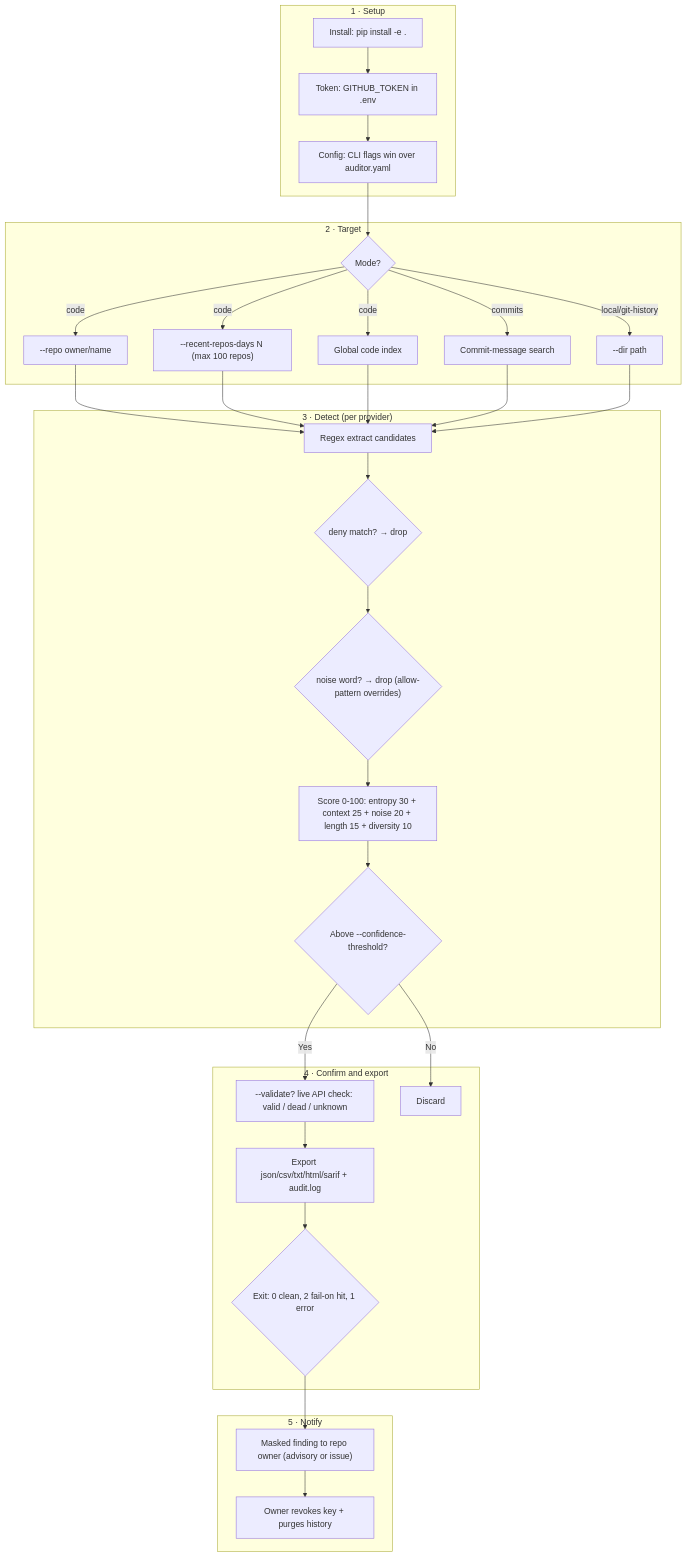
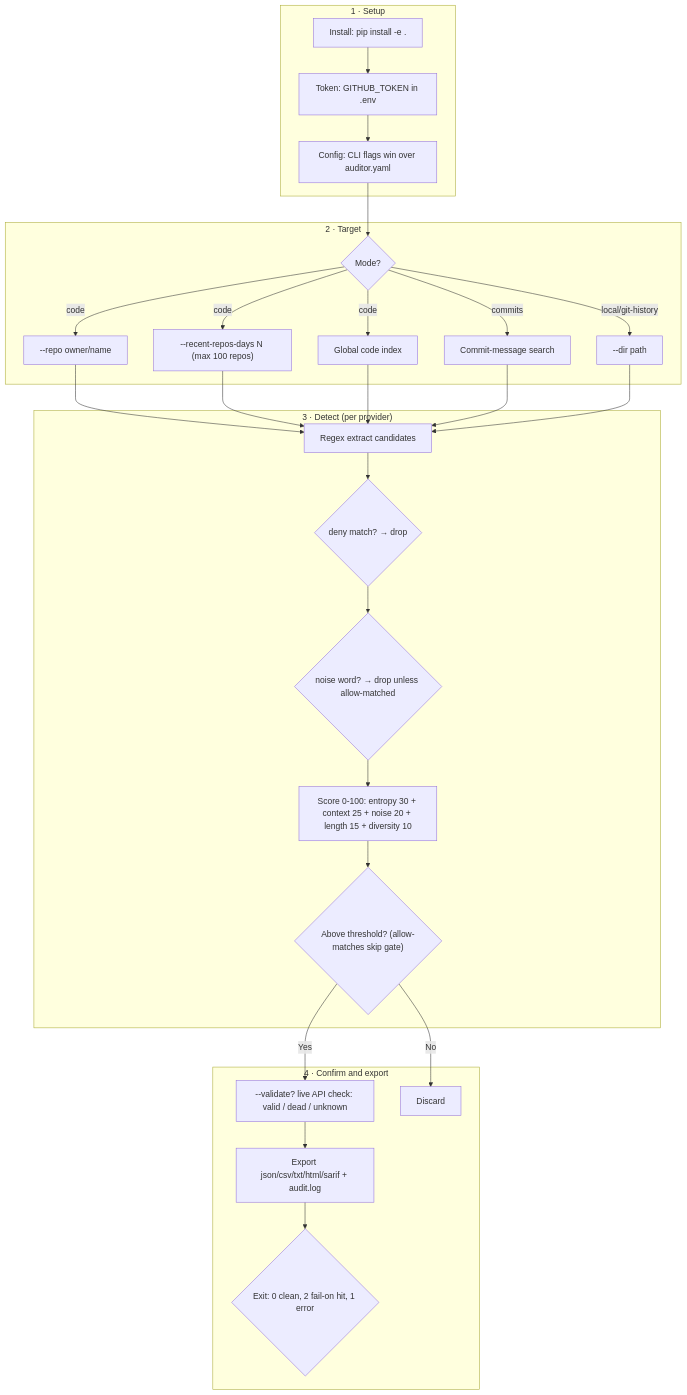
The diagram in README.md (sunil-gumatimath/credsclaw), drawn with Mermaid before and after one commit. The commit also changed other lines of this file, not shown here.

Commit message:
docs: remove phantom notify stage, fix allow-gate claim, bounds, stats, toc

````diff
--- a/README.md
+++ b/README.md
@@ -448,32 +449,28 @@
 ```mermaid
 flowchart TD
     subgraph Setup["1 · Setup"]
         S1["Install: pip install -e ."] --> S2["Token: GITHUB_TOKEN in .env"]
         S2 --> S3["Config: CLI flags win over auditor.yaml"]
     end
     subgraph Target["2 · Target"]
         S3 --> T{"Mode?"}
         T -- code --> T1["--repo owner/name"]
         T -- code --> T2["--recent-repos-days N (max 100 repos)"]
         T -- code --> T3["Global code index"]
         T -- commits --> T4["Commit-message search"]
         T -- local/git-history --> T5["--dir path"]
     end
     subgraph Detect["3 · Detect (per provider)"]
         T1 & T2 & T3 & T4 & T5 --> D1["Regex extract candidates"]
         D1 --> D2{"deny match? → drop"}
-        D2 --> D3{"noise word? → drop (allow-pattern overrides)"}
+        D2 --> D3{"noise word? → drop unless allow-matched"}
         D3 --> D4["Score 0-100: entropy 30 + context 25 + noise 20 + length 15 + diversity 10"]
-        D4 --> D5{"Above --confidence-threshold?"}
+        D4 --> D5{"Above threshold? (allow-matches skip gate)"}
     end
     subgraph Confirm["4 · Confirm and export"]
         D5 -- Yes --> C1["--validate? live API check: valid / dead / unknown"]
         D5 -- No --> C4["Discard"]
         C1 --> C2["Export json/csv/txt/html/sarif + audit.log"]
         C2 --> C3{"Exit: 0 clean, 2 fail-on hit, 1 error"}
     end
-    subgraph Notify["5 · Notify"]
-        C3 --> N1["Masked finding to repo owner (advisory or issue)"]
-        N1 --> N2["Owner revokes key + purges history"]
-    end
 ```
````
